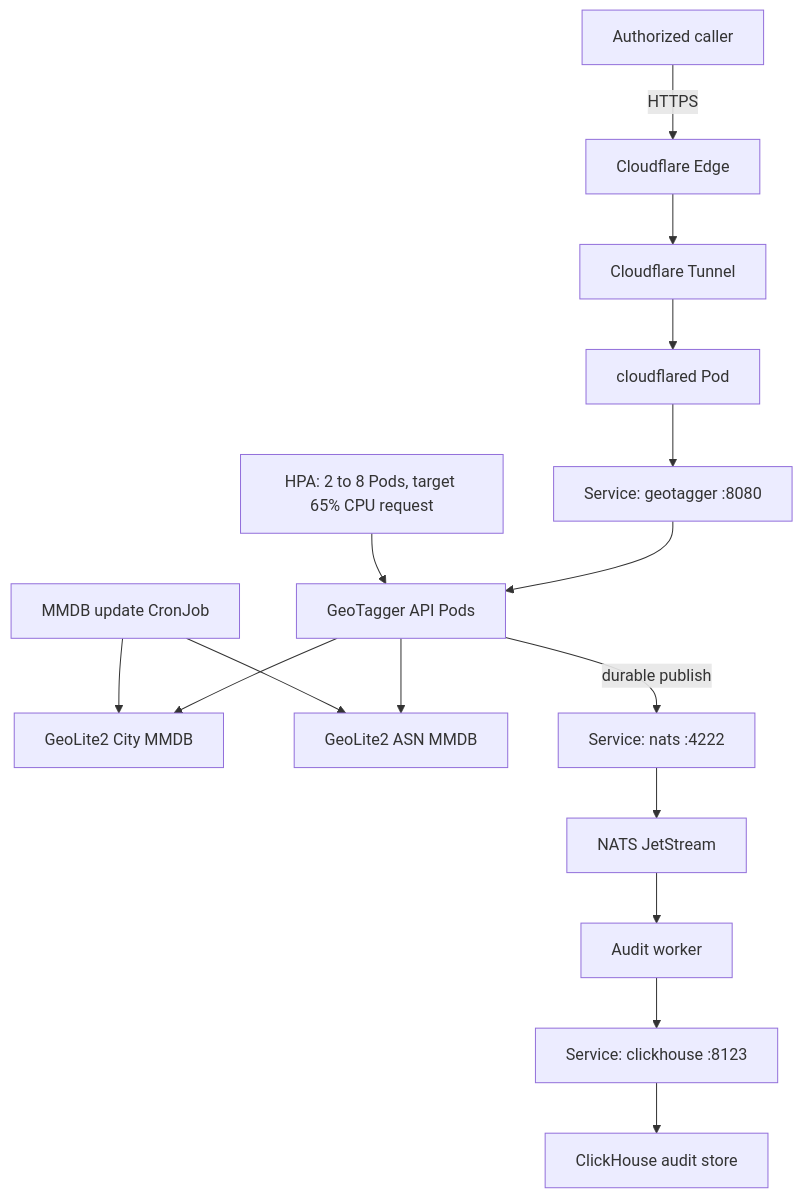
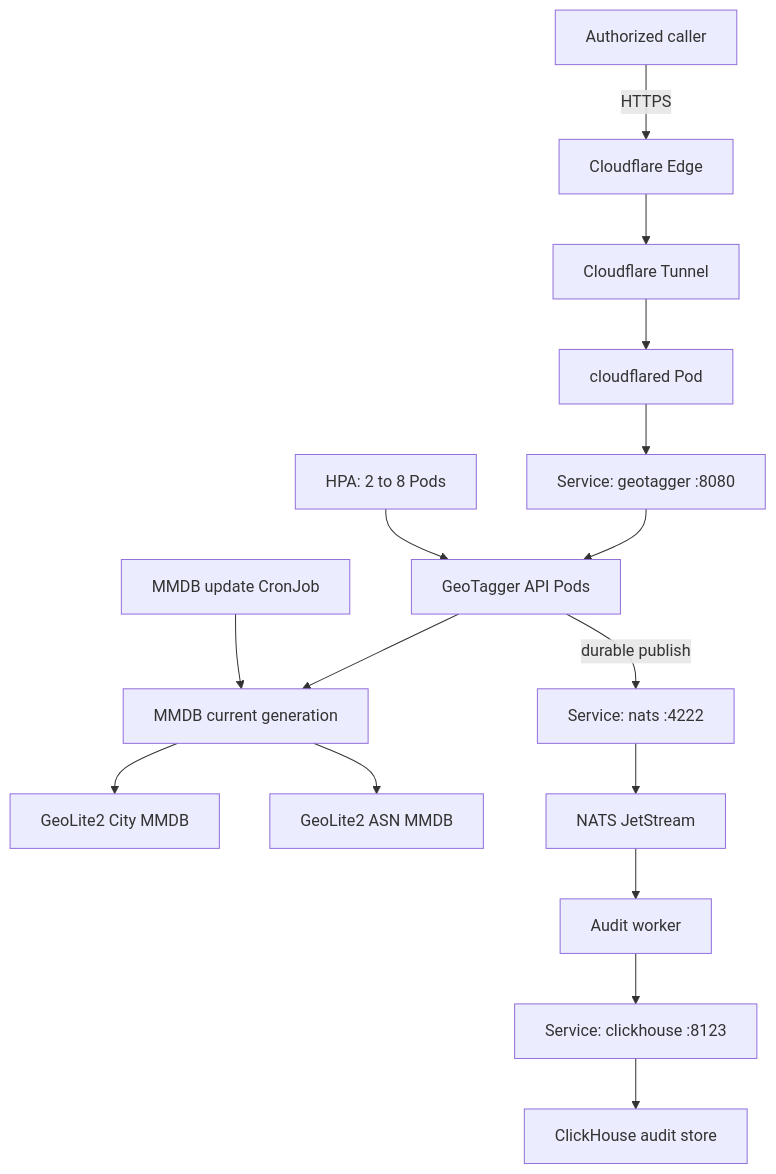
The third of 11 diagrams in docs/ARCHITECTURE.md (Jstarzz/geotagger), drawn with Mermaid before and after one commit. The commit also changed other lines of this file, not shown here.

Commit message:
docs: describe atomic City and ASN bundle activation

````diff
--- a/docs/ARCHITECTURE.md
+++ b/docs/ARCHITECTURE.md
@@ -61,22 +53,21 @@
 ```mermaid
 flowchart TB
     CALLER["Authorized caller"] -->|"HTTPS"| EDGE["Cloudflare Edge"]
     EDGE --> TUNNEL["Cloudflare Tunnel"]
     TUNNEL --> CFD["cloudflared Pod"]
     CFD --> SVC["Service: geotagger :8080"]
     SVC --> API["GeoTagger API Pods"]
+    HPA["HPA: 2 to 8 Pods"] --> API
 
-    HPA["HPA: 2 to 8 Pods, target 65% CPU request"] --> API
-
-    API --> CITY["GeoLite2 City MMDB"]
-    API --> ASN["GeoLite2 ASN MMDB"]
+    API --> CURRENT["MMDB current generation"]
+    CURRENT --> CITY["GeoLite2 City MMDB"]
+    CURRENT --> ASN["GeoLite2 ASN MMDB"]
 
     API -->|"durable publish"| NSVC["Service: nats :4222"]
     NSVC --> NATS["NATS JetStream"]
     NATS --> WORKER["Audit worker"]
     WORKER --> CSVC["Service: clickhouse :8123"]
     CSVC --> CH["ClickHouse audit store"]
 
-    CRON["MMDB update CronJob"] --> CITY
-    CRON --> ASN
+    CRON["MMDB update CronJob"] --> CURRENT
 ```
````
